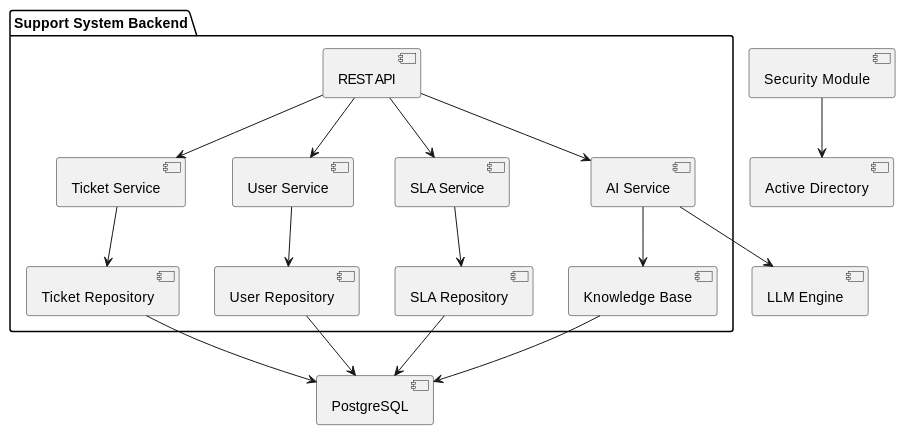
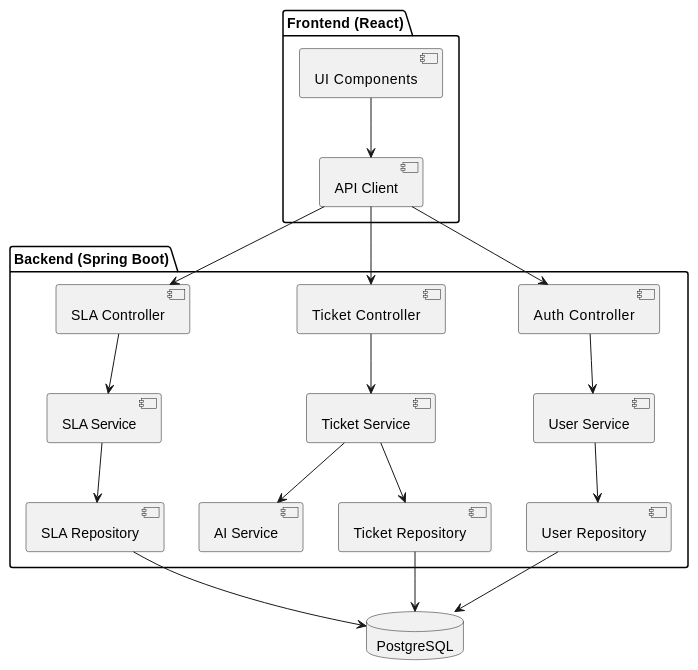
The diagram in docs/Diagram/component.md (Kiba-24/diplom), drawn with PlantUML before and after one commit. The commit also changed other lines of this file, not shown here.

Commit message:
Revise UML diagram for system architecture clarity
Updated UML diagram to include new components and relationships, enhancing clarity of system architecture.

````diff
--- a/docs/Diagram/component.md
+++ b/docs/Diagram/component.md
@@ -2,27 +2,48 @@
 ```plantuml
 @startuml
 
-package "Support System Backend" {
-
-  [REST API] --> [Ticket Service]
-  [REST API] --> [User Service]
-  [REST API] --> [SLA Service]
-  [REST API] --> [AI Service]
-
-  [Ticket Service] --> [Ticket Repository]
-  [User Service] --> [User Repository]
-  [SLA Service] --> [SLA Repository]
-  [AI Service] --> [Knowledge Base]
-
+package "Frontend (React)" {
+  [UI Components]
+  [API Client]
 }
 
-[Knowledge Base] --> [PostgreSQL]
-[Ticket Repository] --> [PostgreSQL]
-[User Repository] --> [PostgreSQL]
-[SLA Repository] --> [PostgreSQL]
+package "Backend (Spring Boot)" {
 
-[AI Service] --> [LLM Engine]
-[Security Module] --> [Active Directory]
+  [Auth Controller]
+  [Ticket Controller]
+  [SLA Controller]
+
+  [User Service]
+  [Ticket Service]
+  [SLA Service]
+  [AI Service]
+
+  [User Repository]
+  [Ticket Repository]
+  [SLA Repository]
+}
+
+database "PostgreSQL" {
+}
+
+[UI Components] --> [API Client]
+[API Client] --> [Auth Controller]
+[API Client] --> [Ticket Controller]
+[API Client] --> [SLA Controller]
+
+[Auth Controller] --> [User Service]
+[Ticket Controller] --> [Ticket Service]
+[SLA Controller] --> [SLA Service]
+
+[Ticket Service] --> [Ticket Repository]
+[User Service] --> [User Repository]
+[SLA Service] --> [SLA Repository]
+
+[Ticket Service] --> [AI Service]
+
+[User Repository] --> "PostgreSQL"
+[Ticket Repository] --> "PostgreSQL"
+[SLA Repository] --> "PostgreSQL"
 
 @enduml
 ```
````
